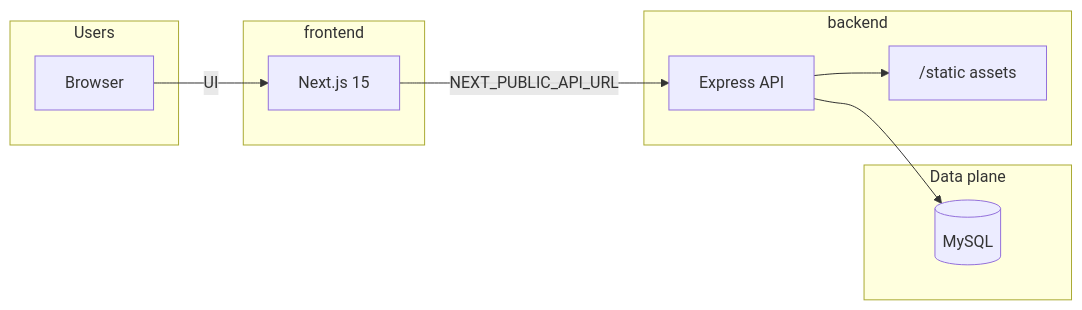
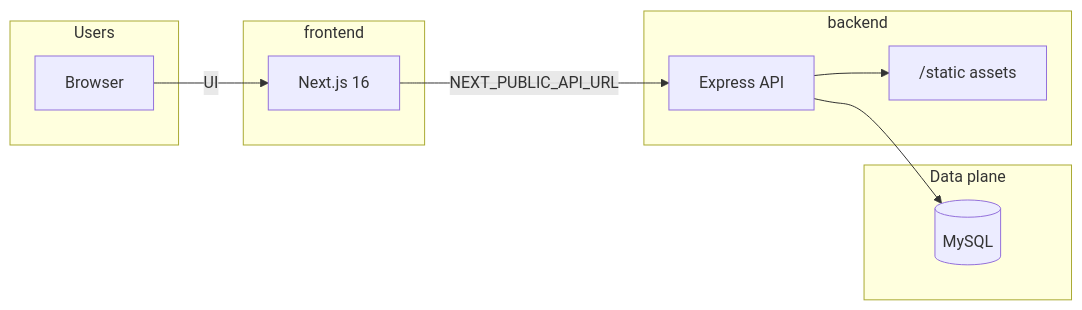
One commit to bonin1/ecomerce changed the diagram in README.md. Above: the diagram before and after it, drawn with Mermaid. The commit also changed other lines of this file and 1 other file, not shown here.

First line of the commit message:
Update README for Next.js 16 and build notes

````diff
--- a/README.md
+++ b/README.md
@@ -48,20 +48,20 @@
 ```mermaid
 flowchart LR
   subgraph users [Users]
     B[Browser]
   end
   subgraph fe [frontend]
-    N[Next.js 15]
+    N[Next.js 16]
   end
   subgraph be [backend]
     A[Express API]
     S["/static assets"]
   end
   subgraph data [Data plane]
     DB[(MySQL)]
   end
   B -->|UI| N
   N -->|"NEXT_PUBLIC_API_URL"| A
   A --> DB
   A --> S
 ```
````
